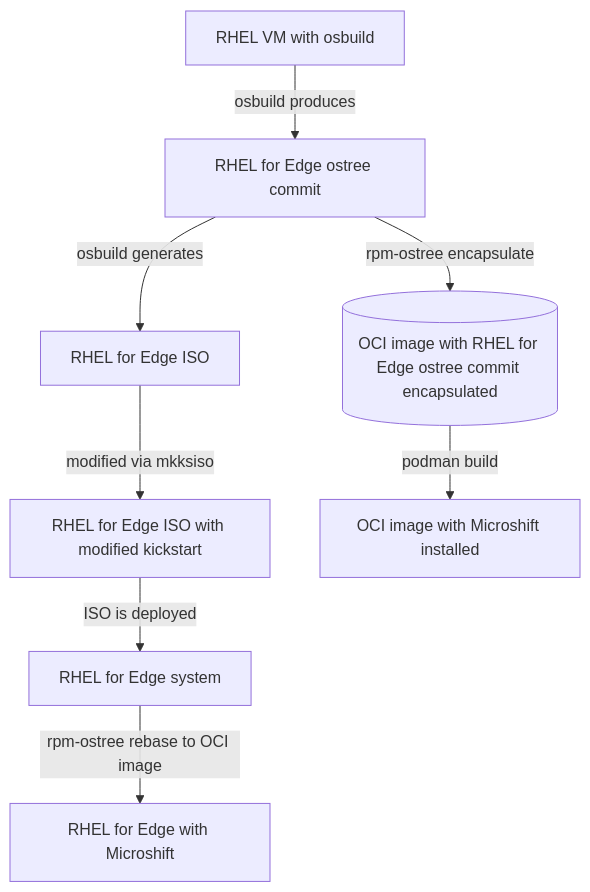
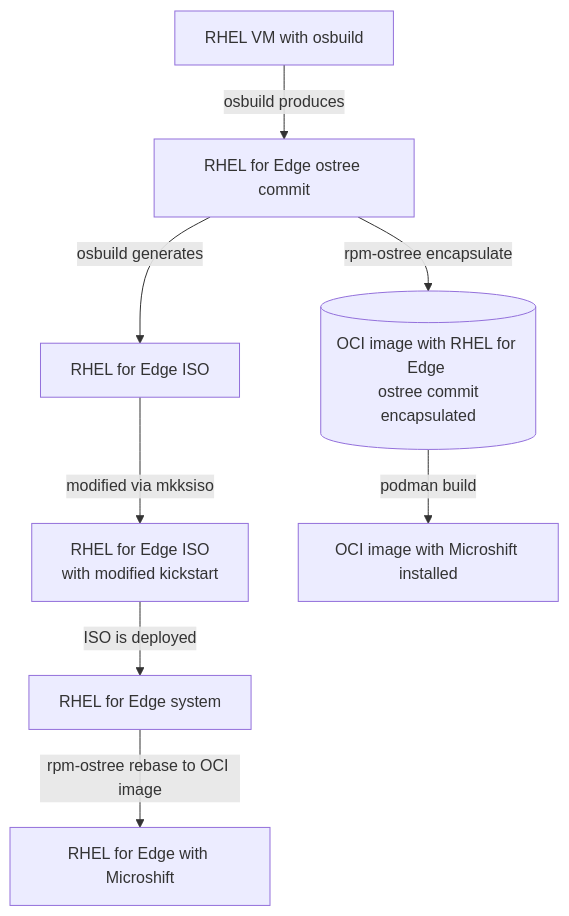
Before and after one commit to miabbott/r4e-microshift-demo: the diagram in README.md, drawn with Mermaid.

Commit message:
tweak colors/styling

````diff
--- a/README.md
+++ b/README.md
@@ -15,13 +15,13 @@
 ```mermaid
 flowchart TD;
   id1[RHEL VM with osbuild]-->|osbuild produces|id2[RHEL for Edge ostree commit];
   id2-->|osbuild generates|id3[RHEL for Edge ISO];
-  id3-->|modified via mkksiso|id4[RHEL for Edge ISO with modified kickstart];
+  id3-->|modified via mkksiso|id4[RHEL for Edge ISO <br/> with modified kickstart];
   id4-->|ISO is deployed|id5[RHEL for Edge system];
-  id2-->|rpm-ostree encapsulate|id6[(OCI image with RHEL for Edge ostree commit encapsulated)];
+  id2-->|rpm-ostree encapsulate|id6[(OCI image with RHEL for Edge <br/> ostree commit encapsulated)];
   id6-->|podman build|id7[OCI image with Microshift installed];
   id5-->|rpm-ostree rebase to OCI image|id8[RHEL for Edge with Microshift];
 
-  class id1 fill:#FFCCCC
-  class id6 fill:#99CCFF
+  class id1 fill:#ffc
+  class id6 fill:#99c
 ```
````
